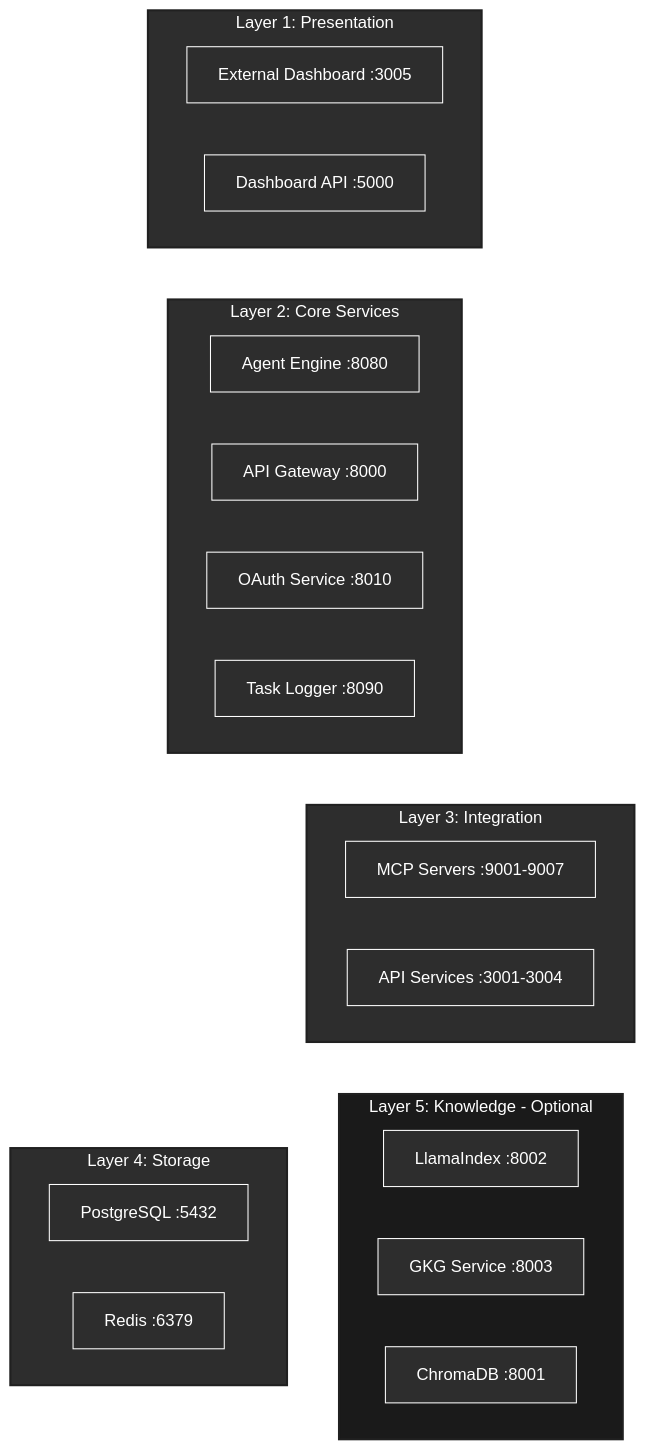
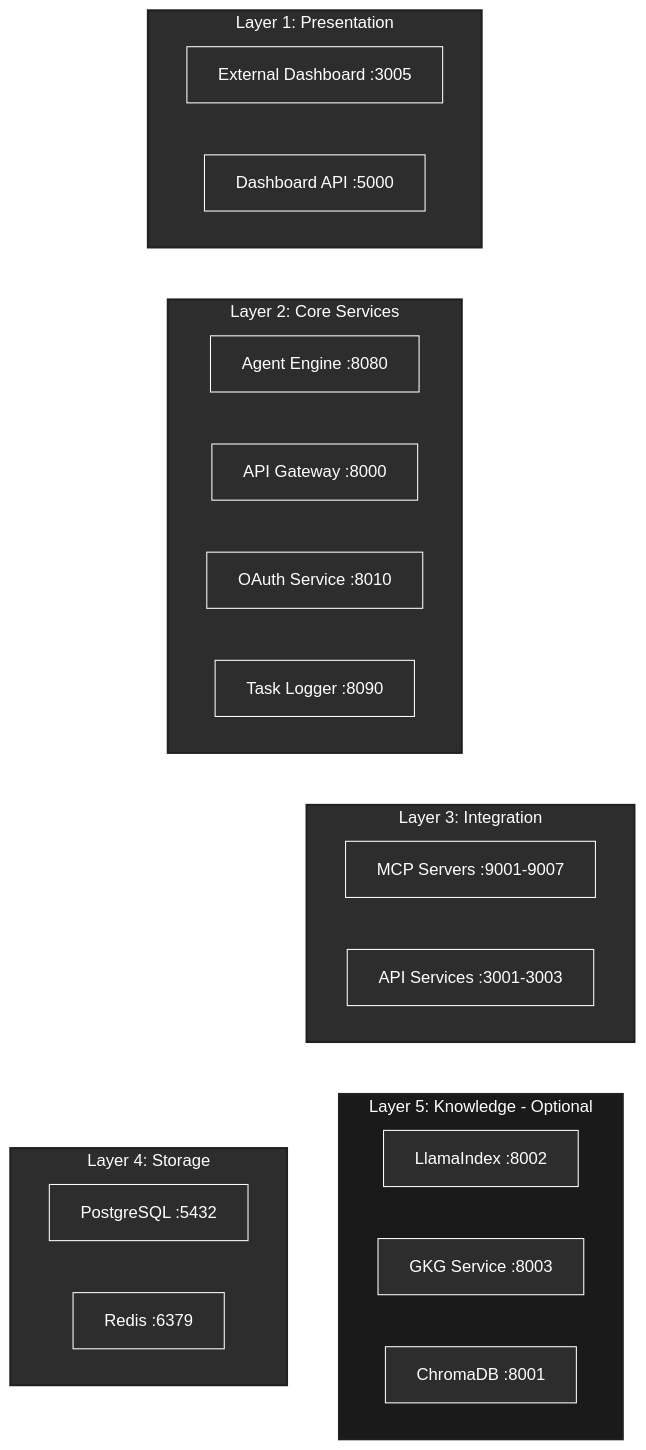
Before and after one commit to rom-orlovich/groote-ai: the third of 3 diagrams in README.md, drawn with Mermaid. The commit also changed other lines of this file and 52 other files, not shown here.

````diff
--- a/README.md
+++ b/README.md
@@ -152,43 +147,43 @@
 ```mermaid
 %%{init: {'theme':'base', 'themeVariables': {'fontSize':'16px', 'primaryColor':'#2d2d2d', 'primaryTextColor':'#ffffff', 'primaryBorderColor':'#ffffff', 'lineColor':'#ffffff'}}}%%
 graph TB
     subgraph Layer1["Layer 1: Presentation"]
         Dashboard[External Dashboard :3005]
         DashboardAPI[Dashboard API :5000]
     end
 
     subgraph Layer2["Layer 2: Core Services"]
         AgentEngine[Agent Engine :8080]
         APIGateway[API Gateway :8000]
         OAuth[OAuth Service :8010]
         TaskLogger[Task Logger :8090]
     end
 
     subgraph Layer3["Layer 3: Integration"]
         MCPServers[MCP Servers :9001-9007]
-        APIServices[API Services :3001-3004]
+        APIServices[API Services :3001-3003]
     end
 
     subgraph Layer4["Layer 4: Storage"]
         PostgreSQL[PostgreSQL :5432]
         Redis[Redis :6379]
     end
 
     subgraph Layer5["Layer 5: Knowledge - Optional"]
         LlamaIndex[LlamaIndex :8002]
         GKG[GKG Service :8003]
         ChromaDB[ChromaDB :8001]
     end
 
     Layer1 --> Layer2
     Layer2 --> Layer3
     Layer2 --> Layer4
     Layer3 --> Layer4
     Layer3 -.-> Layer5
 
     style Layer1 fill:#2d2d2d,color:#ffffff,stroke-width:2px
     style Layer2 fill:#2d2d2d,color:#ffffff,stroke-width:2px
     style Layer3 fill:#2d2d2d,color:#ffffff,stroke-width:2px
     style Layer4 fill:#2d2d2d,color:#ffffff,stroke-width:2px
     style Layer5 fill:#1a1a1a,color:#ffffff,stroke-width:2px
 ```
````
